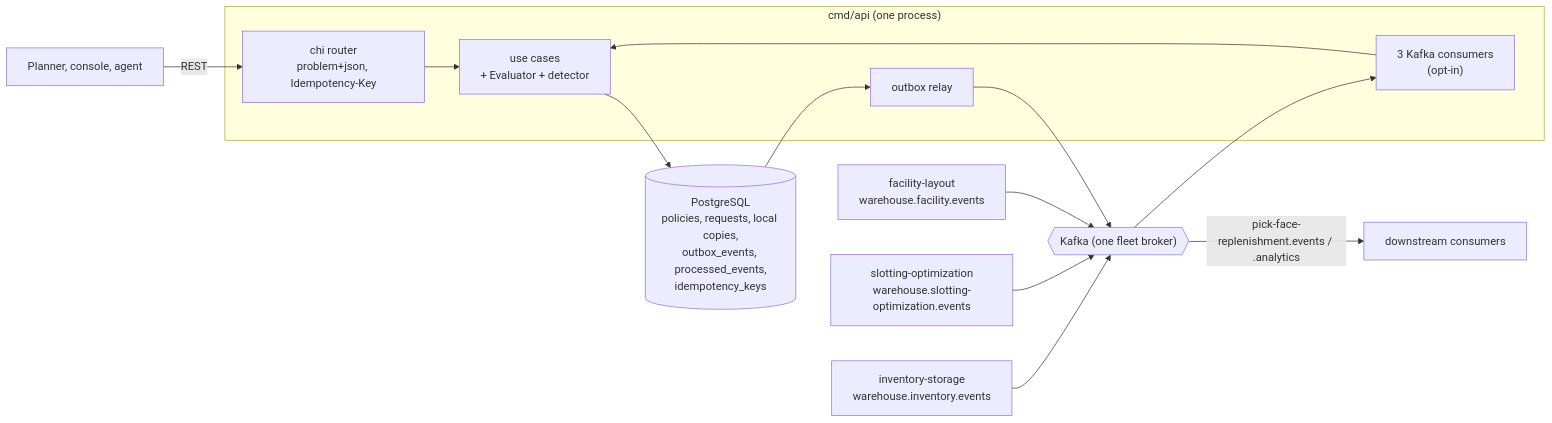
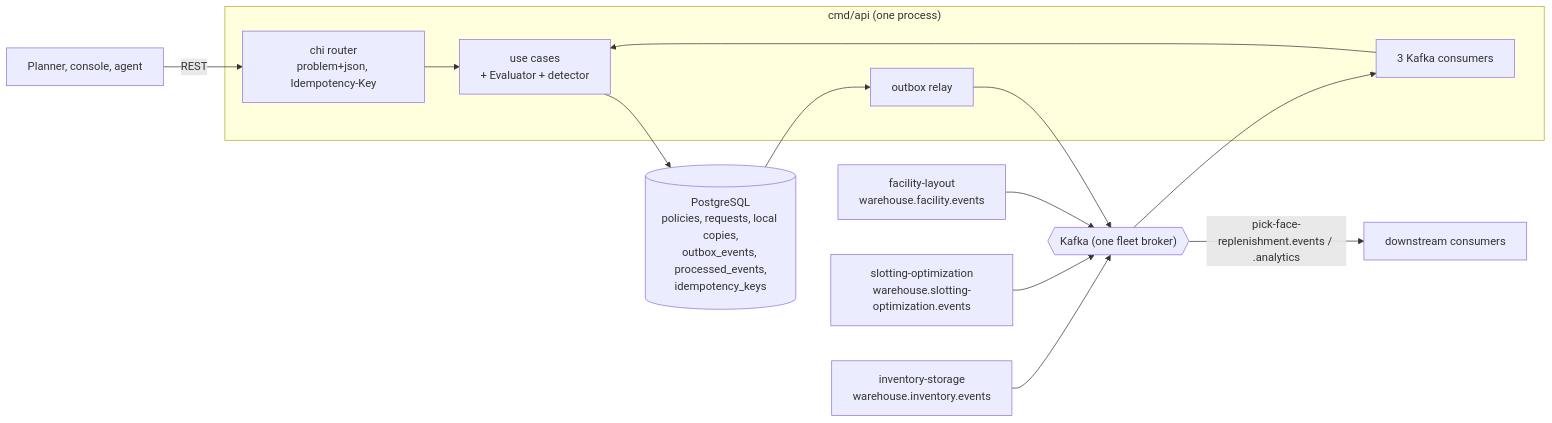
Before and after one commit to IQVO/pick-face-replenishment: the diagram in docs/docs/overview/architecture.md, drawn with Mermaid. The commit also changed other lines of this file and 4 other files, not shown here.

````diff
--- a/docs/docs/overview/architecture.md
+++ b/docs/docs/overview/architecture.md
@@ -46,23 +46,23 @@
 ```mermaid
 flowchart LR
     client["Planner, console, agent"]
     subgraph api["cmd/api (one process)"]
         router["chi router<br/>problem+json, Idempotency-Key"]
         uc["use cases<br/>+ Evaluator + detector"]
-        cons["3 Kafka consumers<br/>(opt-in)"]
+        cons["3 Kafka consumers"]
         relay["outbox relay"]
     end
     pg[("PostgreSQL<br/>policies, requests, local copies,<br/>outbox_events, processed_events,<br/>idempotency_keys")]
     kafka{{"Kafka (one fleet broker)"}}
     inv["inventory-storage<br/>warehouse.inventory.events"]
     slot["slotting-optimization<br/>warehouse.slotting-optimization.events"]
     lay["facility-layout<br/>warehouse.facility.events"]
     client -->|REST| router --> uc
     uc --> pg
     inv --> kafka
     slot --> kafka
     lay --> kafka
     kafka --> cons --> uc
     pg --> relay --> kafka
     kafka -->|"pick-face-replenishment.events / .analytics"| out["downstream consumers"]
 ```
````
